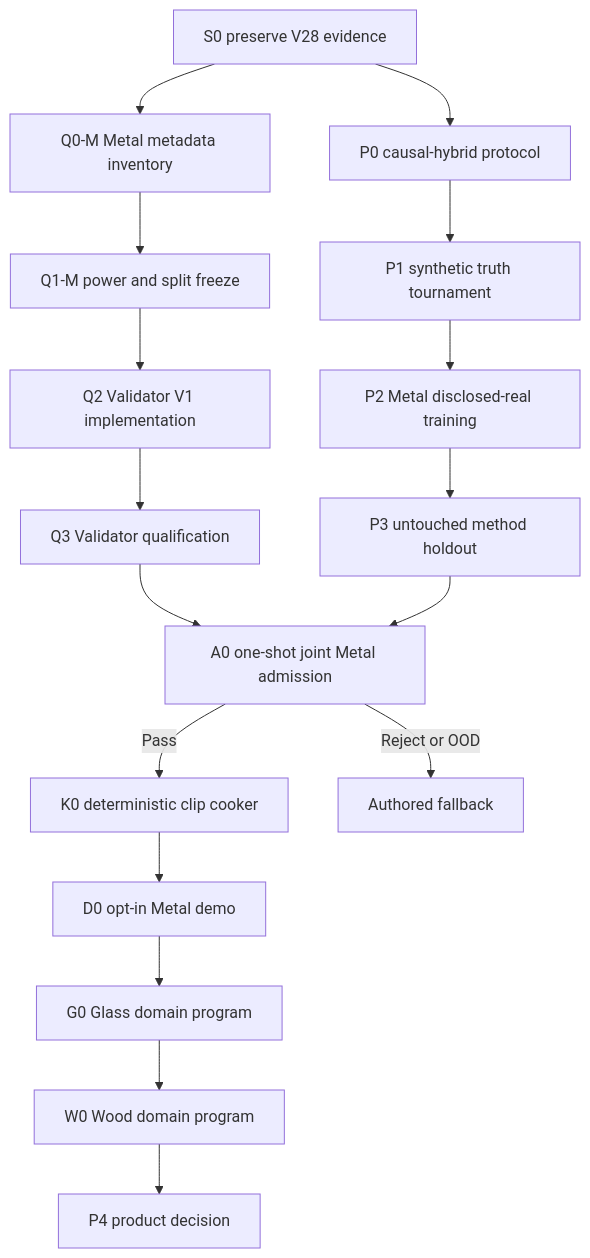
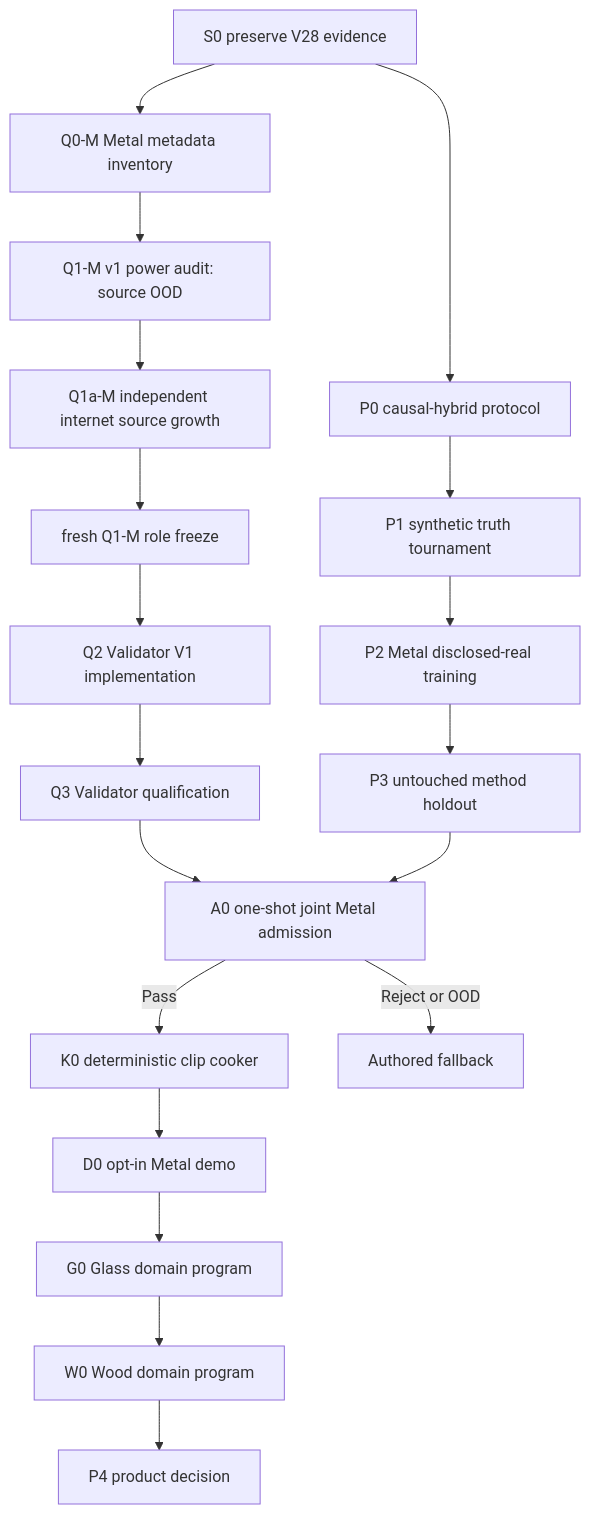
Before and after one commit to kaifaty/NextEngine: the diagram in docs/plans/physical-sound-synthesis-roadmap-v29.md, drawn with Mermaid. The commit also changed other lines of this file and 3 other files, not shown here.

Commit message:
docs(sound): certify V29 Q1-M source power OOD

````diff
--- a/docs/plans/physical-sound-synthesis-roadmap-v29.md
+++ b/docs/plans/physical-sound-synthesis-roadmap-v29.md
@@ -56,21 +65,23 @@
 ```mermaid
 flowchart TD
     S0["S0 preserve V28 evidence"] --> Q0["Q0-M Metal metadata inventory"]
-    Q0 --> Q1["Q1-M power and split freeze"]
-    Q1 --> Q2["Q2 Validator V1 implementation"]
+    Q0 --> Q1["Q1-M v1 power audit: source OOD"]
+    Q1 --> Q1A["Q1a-M independent internet source growth"]
+    Q1A --> Q1R["fresh Q1-M role freeze"]
+    Q1R --> Q2["Q2 Validator V1 implementation"]
     Q2 --> Q3["Q3 Validator qualification"]
 
     S0 --> P0["P0 causal-hybrid protocol"]
     P0 --> P1["P1 synthetic truth tournament"]
     P1 --> P2["P2 Metal disclosed-real training"]
     P2 --> P3["P3 untouched method holdout"]
 
     Q3 --> A0["A0 one-shot joint Metal admission"]
     P3 --> A0
     A0 -->|"Pass"| K0["K0 deterministic clip cooker"]
     A0 -->|"Reject or OOD"| F0["Authored fallback"]
     K0 --> D0["D0 opt-in Metal demo"]
     D0 --> G0["G0 Glass domain program"]
     G0 --> W0["W0 Wood domain program"]
     W0 --> P4["P4 product decision"]
 ```
````
